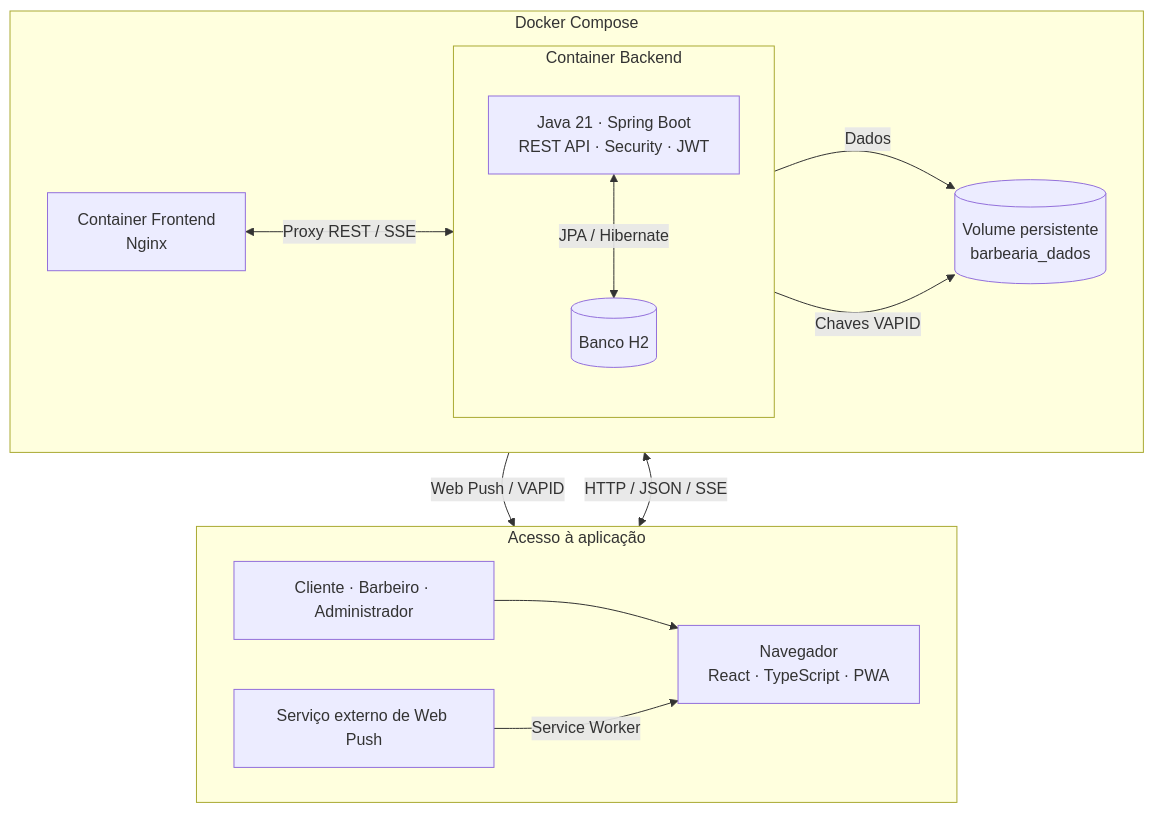
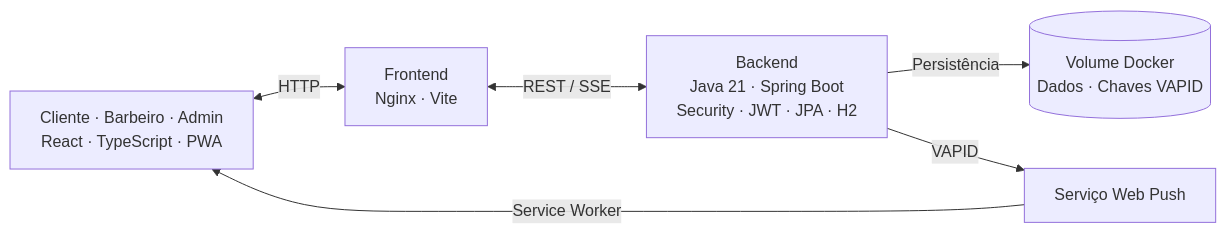
Before and after one commit to Z3NYN/web2-agendamento-barbearia: the diagram in README.md, drawn with Mermaid.

Commit message:
Revise system architecture diagram in README
Updated system architecture diagram to reflect new components and connections.

````diff
--- a/README.md
+++ b/README.md
@@ -55,33 +55,14 @@
 ```mermaid
-flowchart TB
-    subgraph WEB["Acesso à aplicação"]
-        direction LR
-        U["Cliente · Barbeiro · Administrador"]
-        W["Navegador<br/>React · TypeScript · PWA"]
-        P["Serviço externo de Web Push"]
+flowchart LR
+    A["Cliente · Barbeiro · Admin<br/>React · TypeScript · PWA"]
+    B["Frontend<br/>Nginx · Vite"]
+    C["Backend<br/>Java 21 · Spring Boot<br/>Security · JWT · JPA · H2"]
+    D[("Volume Docker<br/>Dados · Chaves VAPID")]
+    E["Serviço Web Push"]
 
-        U --> W
-        P -->|Service Worker| W
-    end
-
-    subgraph D["Docker Compose"]
-        direction LR
-        F["Container Frontend<br/>Nginx"]
-
-        subgraph B["Container Backend"]
-            direction TB
-            S["Java 21 · Spring Boot<br/>REST API · Security · JWT"]
-            H[("Banco H2")]
-            S <-->|JPA / Hibernate| H
-        end
-
-        V[("Volume persistente<br/>barbearia_dados")]
-
-        F <-->|Proxy REST / SSE| S
-        H -->|Dados| V
-        S -->|Chaves VAPID| V
-    end
-
-    W <-->|HTTP / JSON / SSE| F
-    S -->|Web Push / VAPID| P
+    A <-->|HTTP| B
+    B <-->|REST / SSE| C
+    C -->|Persistência| D
+    C -->|VAPID| E
+    E -->|Service Worker| A
 ```
````
